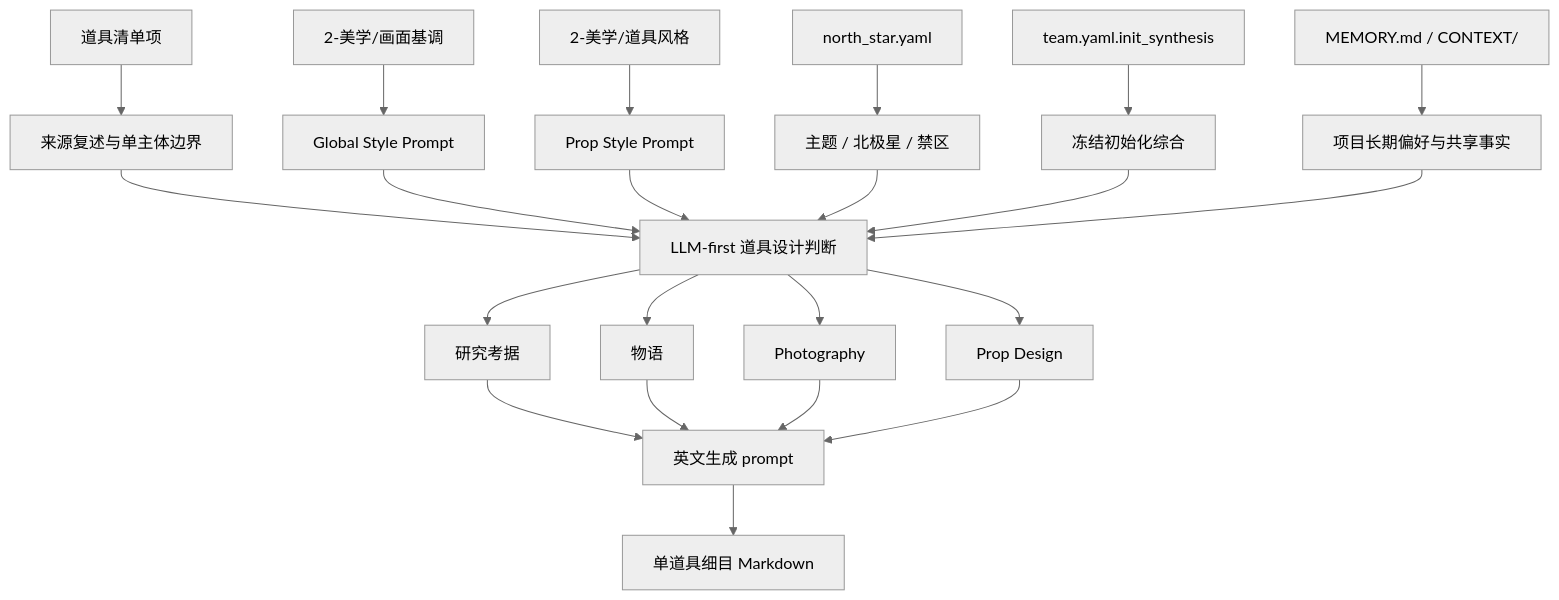
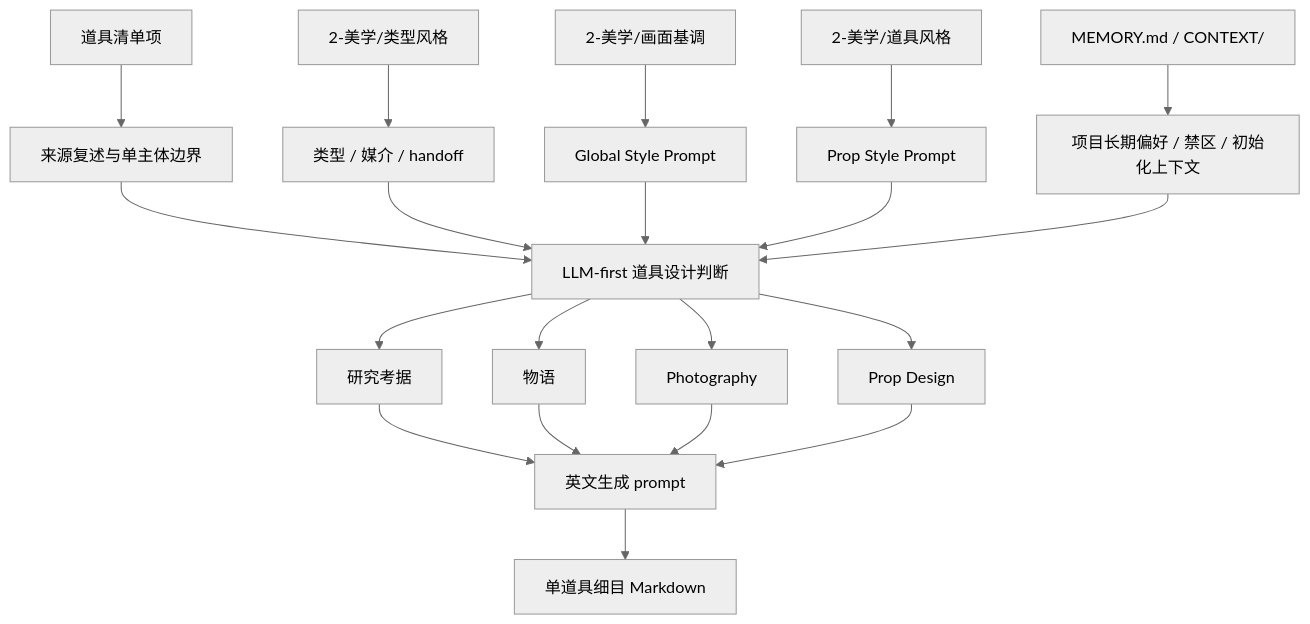
The first of 2 diagrams in .agents/skills/aigc/3-主体/道具/2-设计/references/prop-design-contract.md (ZEN-VOID/AI-CUT), drawn with Mermaid (neutral theme) before and after one commit. The commit also changed other lines of this file and 439 other files, not shown here.

````diff
--- a/.agents/skills/aigc/3-主体/道具/2-设计/references/prop-design-contract.md
+++ b/.agents/skills/aigc/3-主体/道具/2-设计/references/prop-design-contract.md
@@ -49,24 +48,22 @@
 ```mermaid
 flowchart TD
     A["道具清单项"] --> B["来源复述与单主体边界"]
+    C0["2-美学/类型风格"] --> D0["类型 / 媒介 / handoff"]
     C["2-美学/画面基调"] --> D["Global Style Prompt"]
     C2["2-美学/道具风格"] --> D2["Prop Style Prompt"]
-    C3["north_star.yaml"] --> D3["主题 / 北极星 / 禁区"]
-    E["team.yaml.init_synthesis"] --> F["冻结初始化综合"]
-    G["MEMORY.md / CONTEXT/"] --> H["项目长期偏好与共享事实"]
+    G["MEMORY.md / CONTEXT/"] --> H["项目长期偏好 / 禁区 / 初始化上下文"]
     B --> I["LLM-first 道具设计判断"]
+    D0 --> I
     D --> I
     D2 --> I
-    D3 --> I
-    F --> I
     H --> I
     I --> J["研究考据"]
     I --> K["物语"]
     I --> L["Photography"]
     I --> M["Prop Design"]
     J --> N["英文生成 prompt"]
     K --> N
     L --> N
     M --> N
     N --> O["单道具细目 Markdown"]
 ```
````
